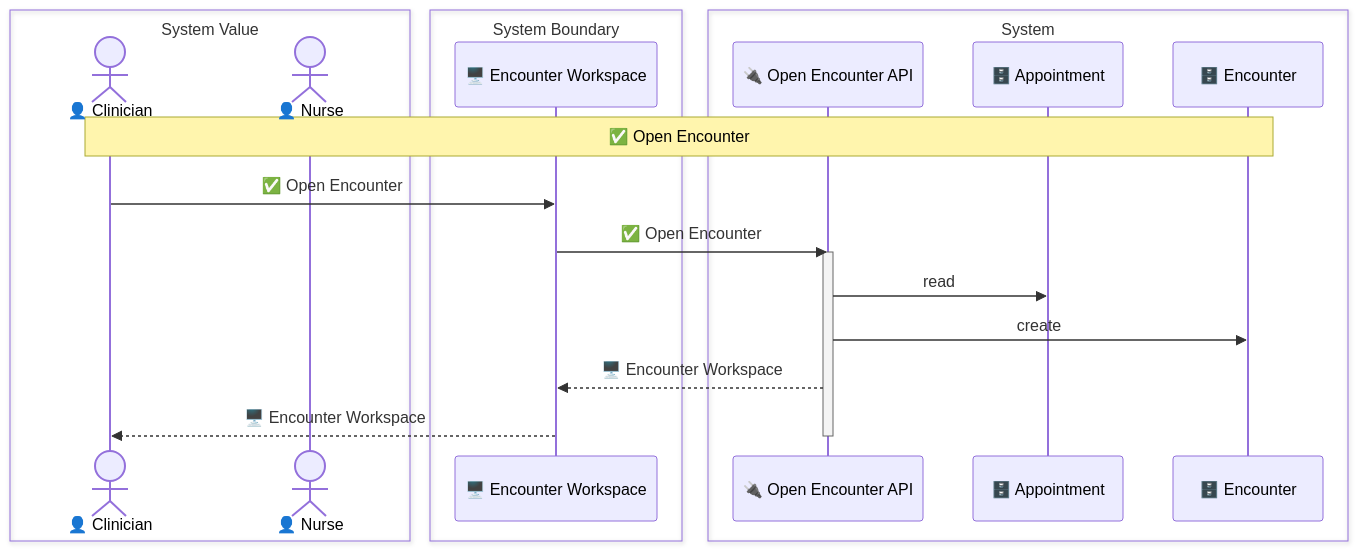
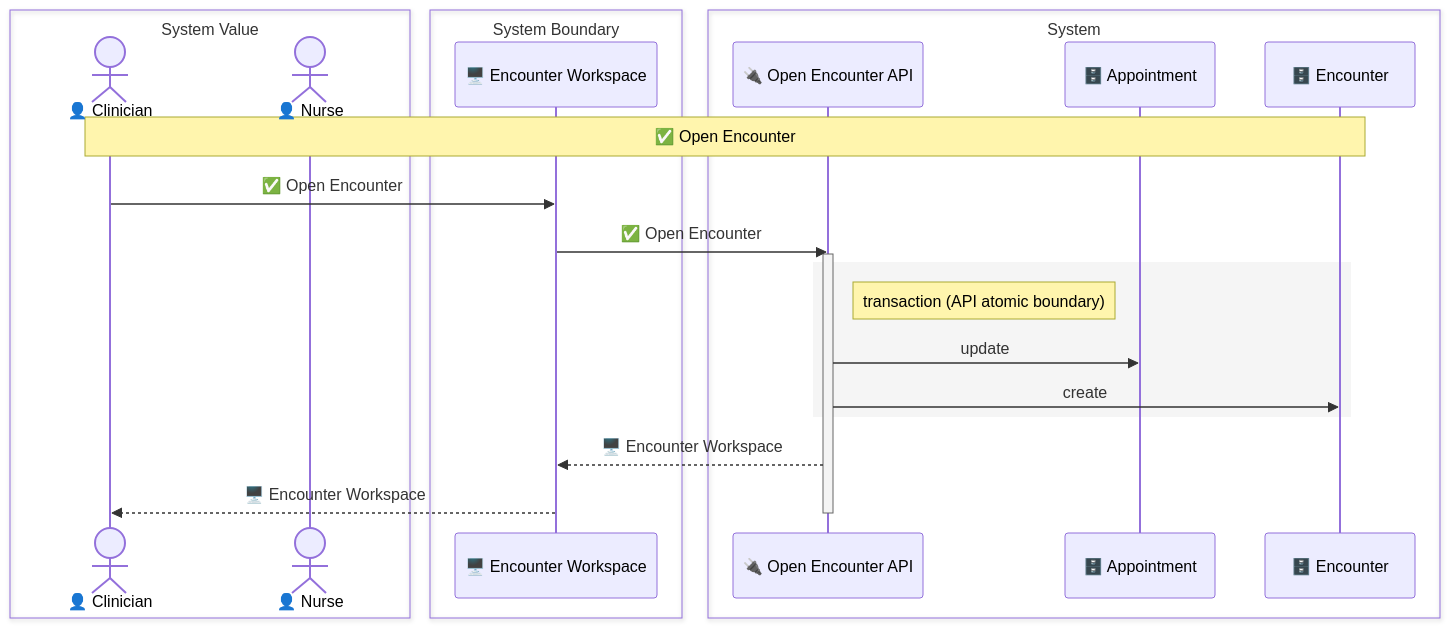
The diagram in samples/clinic-ops/out/uc/sequence_open_encounter.mmd (manji-0/rdra-ish-dsl), drawn with Mermaid before and after one commit. The commit also changed 11 other files, not shown here.

```diff
--- a/samples/clinic-ops/out/uc/sequence_open_encounter.mmd
+++ b/samples/clinic-ops/out/uc/sequence_open_encounter.mmd
@@ -1,23 +1,26 @@
 sequenceDiagram
   box System Value
     actor Clinician as 👤 Clinician
     actor Nurse as 👤 Nurse
   end
   box System Boundary
     participant EncounterWorkspaceScreen as 🖥️ Encounter Workspace
   end
   box System
     participant OpenEncounterApi as 🔌 Open Encounter API
     participant Appointment as 🗄️ Appointment
     participant Encounter as 🗄️ Encounter
   end
 
   Note over Clinician,Encounter: ✅ Open Encounter
   Clinician->>EncounterWorkspaceScreen: ✅ Open Encounter
   EncounterWorkspaceScreen->>OpenEncounterApi: ✅ Open Encounter
   activate OpenEncounterApi
-  OpenEncounterApi->>Appointment: read
-  OpenEncounterApi->>Encounter: create
+  rect rgb(245,245,245)
+    Note right of OpenEncounterApi: transaction (API atomic boundary)
+    OpenEncounterApi->>Appointment: update
+    OpenEncounterApi->>Encounter: create
+  end
   OpenEncounterApi-->>EncounterWorkspaceScreen: 🖥️ Encounter Workspace
   EncounterWorkspaceScreen-->>Clinician: 🖥️ Encounter Workspace
   deactivate OpenEncounterApi
```
